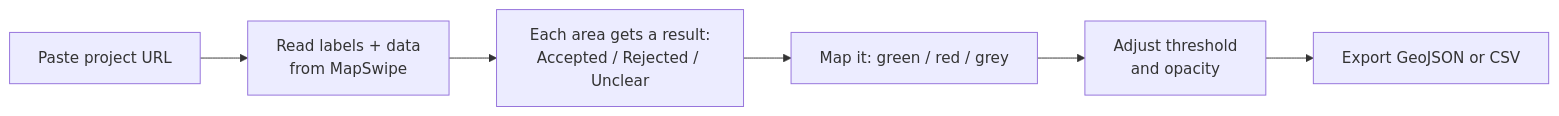
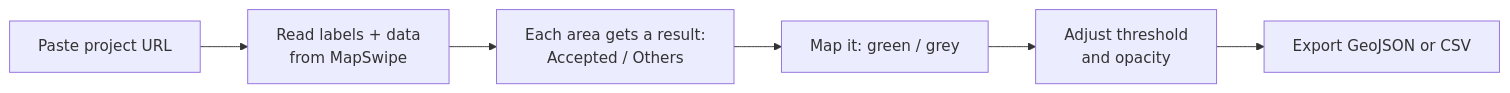
The diagram in README.md (kshitijrajsharma/mapswipe-results-analyzer), drawn with Mermaid before and after one commit. The commit also changed other lines of this file and 3 other files, not shown here.

Commit message:
fix: update terminology from 'rejected' and 'unclear' to 'others' in project classification

````diff
--- a/README.md
+++ b/README.md
@@ -20,8 +20,8 @@
 ```mermaid
 flowchart LR
   A[Paste project URL] --> B[Read labels + data<br/>from MapSwipe]
-  B --> C[Each area gets a result:<br/>Accepted / Rejected / Unclear]
-  C --> D[Map it: green / red / grey]
+  B --> C[Each area gets a result:<br/>Accepted / Others]
+  C --> D[Map it: green / grey]
   D --> E[Adjust threshold<br/>and opacity]
   E --> F[Export GeoJSON or CSV]
 ```
````
